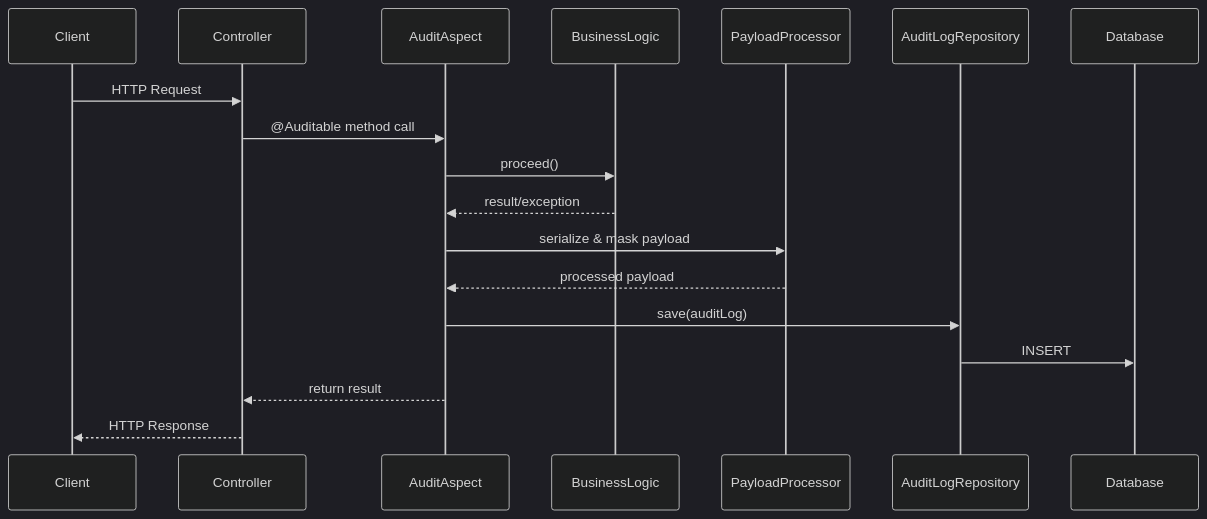
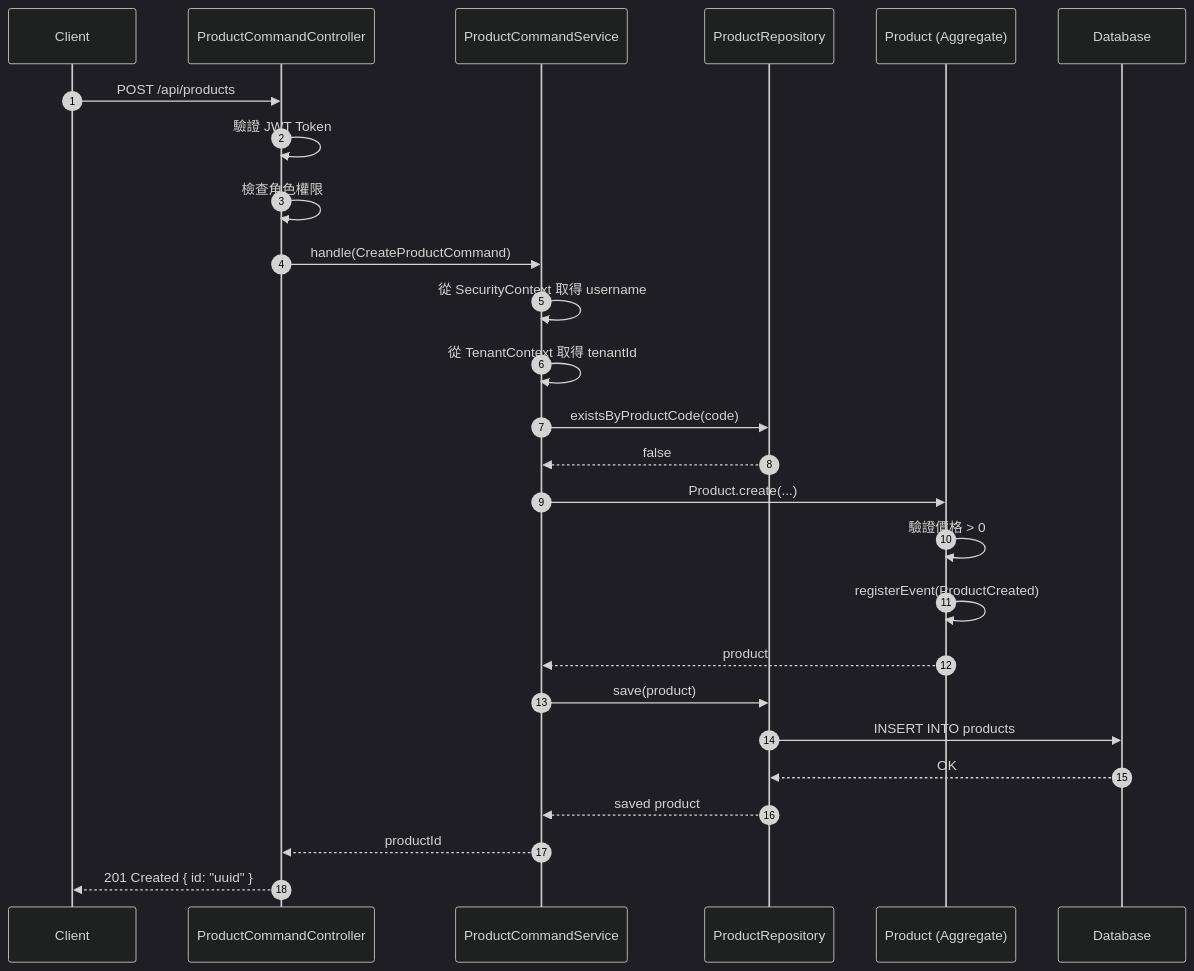
Before and after one commit to ChunPingWang/rbac-sso-poc: the seventh of 9 diagrams in README.md, drawn with Mermaid (dark theme). The commit also changed other lines of this file and 15 other files, not shown here.

````diff
--- a/README.md
+++ b/README.md
@@ -133,21 +564,33 @@
 ```mermaid
 sequenceDiagram
+    autonumber
     participant Client
-    participant Controller
-    participant AuditAspect
-    participant BusinessLogic
-    participant PayloadProcessor
-    participant AuditLogRepository
-    participant Database
+    participant Controller as ProductCommandController
+    participant Service as ProductCommandService
+    participant Repository as ProductRepository
+    participant Product as Product (Aggregate)
+    participant DB as Database
 
-    Client->>Controller: HTTP Request
-    Controller->>AuditAspect: @Auditable method call
-    AuditAspect->>BusinessLogic: proceed()
-    BusinessLogic-->>AuditAspect: result/exception
-    AuditAspect->>PayloadProcessor: serialize & mask payload
-    PayloadProcessor-->>AuditAspect: processed payload
-    AuditAspect->>AuditLogRepository: save(auditLog)
-    AuditLogRepository->>Database: INSERT
-    AuditAspect-->>Controller: return result
-    Controller-->>Client: HTTP Response
+    Client->>Controller: POST /api/products
+    Controller->>Controller: 驗證 JWT Token
+    Controller->>Controller: 檢查角色權限
+    Controller->>Service: handle(CreateProductCommand)
+
+    Service->>Service: 從 SecurityContext 取得 username
+    Service->>Service: 從 TenantContext 取得 tenantId
+    Service->>Repository: existsByProductCode(code)
+    Repository-->>Service: false
+
+    Service->>Product: Product.create(...)
+    Product->>Product: 驗證價格 > 0
+    Product->>Product: registerEvent(ProductCreated)
+    Product-->>Service: product
+
+    Service->>Repository: save(product)
+    Repository->>DB: INSERT INTO products
+    DB-->>Repository: OK
+    Repository-->>Service: saved product
+
+    Service-->>Controller: productId
+    Controller-->>Client: 201 Created { id: "uuid" }
 ```
````
